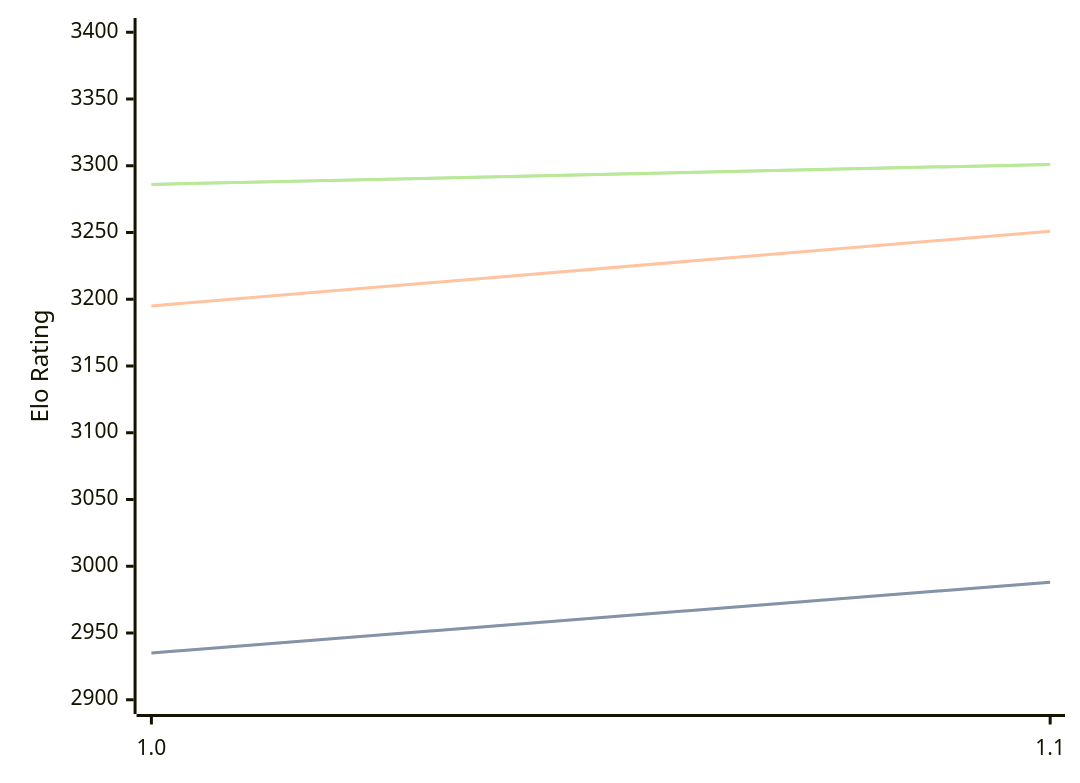
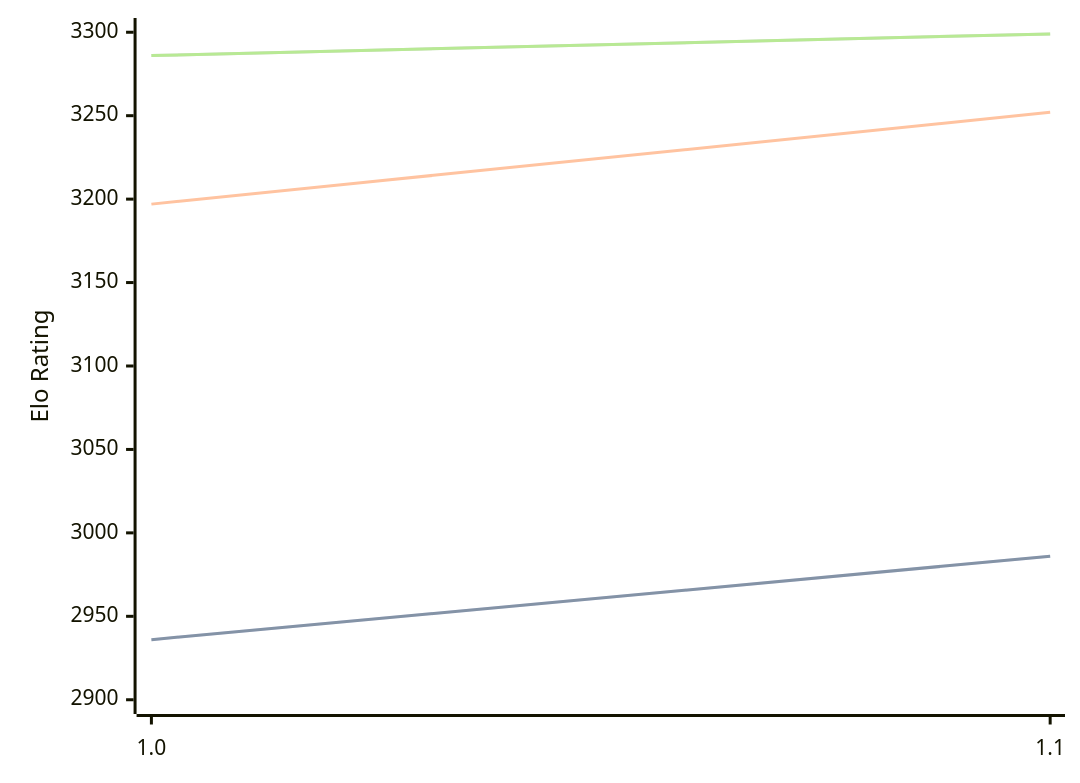
Before and after one commit to computer-chess-index/cci: the diagram in engines/RodentV.md, drawn with Mermaid. The commit also changed other lines of this file, not shown here.

Commit message:
Update CCI Ratings (ELO VLTC) - 2026-09-13

````diff
--- a/engines/RodentV.md
+++ b/engines/RodentV.md
@@ -33,11 +33,11 @@
 ```mermaid
 %%{init: {"theme":"base","themeVariables":{"seriesColors:['#a3a3a3','#222221','#faa371']}}}%%
 xychart-beta
   x-axis ["1.0", "1.1"]
-  y-axis "Elo Rating" 2900 --> 3400
-  line "" [2935, 2988]
-  line "STC (8.0+0.08s)" [2935, 2988]
-  line "LTC (60.0+0.60s)" [3195, 3251]
-  line "" [3286, 3301]
-  line "VLTC (2m24s+1.12s)" [3286, 3301]
+  y-axis "Elo Rating" 2900 --> 3300
+  line "" [2936, 2986]
+  line "STC (8.0+0.08s)" [2936, 2986]
+  line "LTC (60.0+0.60s)" [3197, 3252]
+  line "" [3286, 3299]
+  line "VLTC (2m24s+1.12s)" [3286, 3299]
 ```
````
